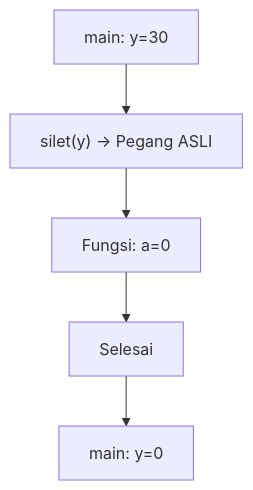
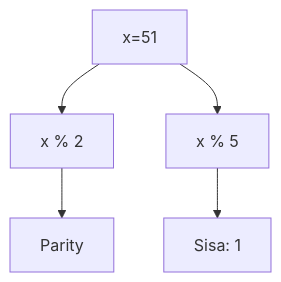
Before and after one commit to amnahwaida/OSNK_INF_PREP: diagram 18 of 25 in part-c-pemahaman-cpp/04-fungsi/latihan/set-03.md, drawn with Mermaid. The commit also changed other lines of this file and 71 other files, not shown here.

````diff
--- a/part-c-pemahaman-cpp/04-fungsi/latihan/set-03.md
+++ b/part-c-pemahaman-cpp/04-fungsi/latihan/set-03.md
@@ -595,7 +536,7 @@
 ```mermaid
 graph TD
-    A[main: y=30] --> B["silet(y) -> Pegang ASLI"]
-    B --> C[Fungsi: a=0]
-    C --> D[Selesai]
-    D --> E[main: y=0]
+A[x=51] --> B[x % 2]
+B --> C[Parity]
+A --> D[x % 5]
+D --> E[Sisa: 1]
 ```
````
